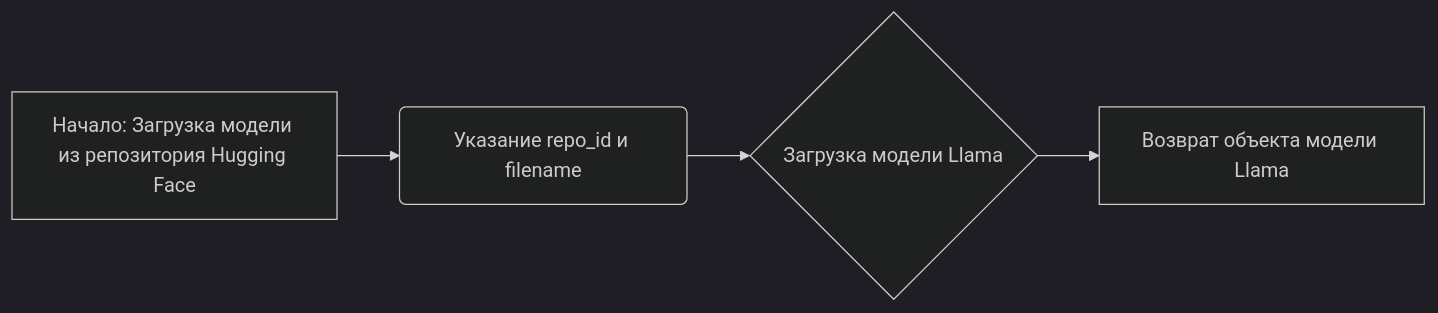
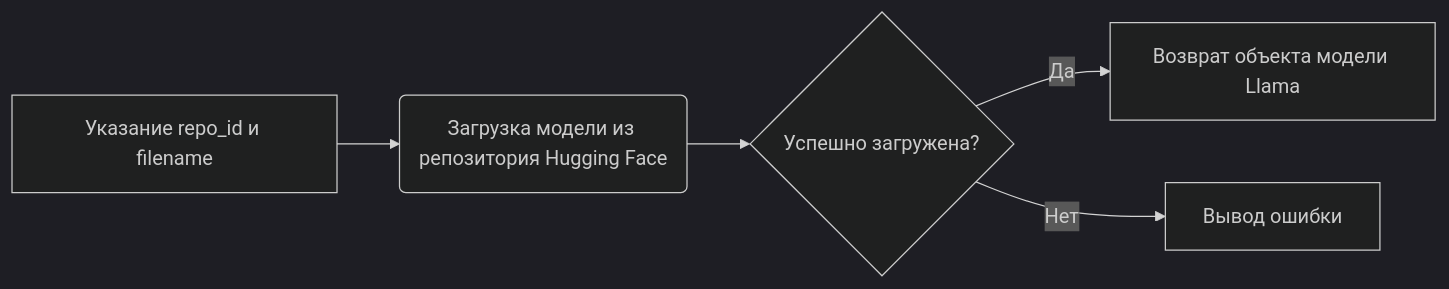
Before and after one commit to hypo69/hypo: the first of 3 diagrams in docs/gemini/ru/doc/src/ai/llama/model.py.md, drawn with Mermaid (dark theme). The commit also changed other lines of this file and 551 other files, not shown here.

````diff
--- a/docs/gemini/ru/doc/src/ai/llama/model.py.md
+++ b/docs/gemini/ru/doc/src/ai/llama/model.py.md
@@ -47,6 +39,7 @@
 ```mermaid
 graph LR
-A[Начало: Загрузка модели из репозитория Hugging Face] --> B(Указание repo_id и filename);
-B --> C{Загрузка модели Llama};
-C --> D[Возврат объекта модели Llama];
+    A[Указание repo_id и filename] --> B(Загрузка модели из репозитория Hugging Face);
+    B --> C{Успешно загружена?};
+    C -- Да --> D[Возврат объекта модели Llama];
+    C -- Нет --> E[Вывод ошибки];
 ```
````
